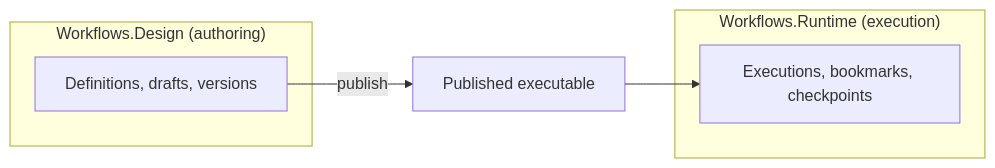
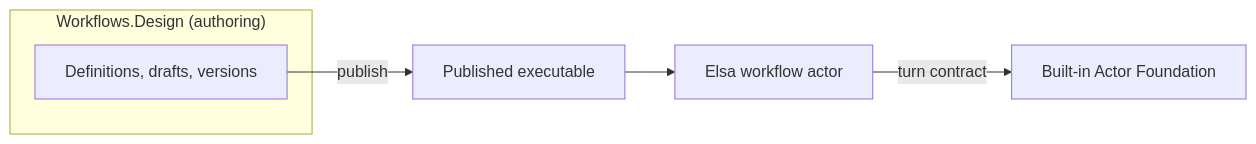
The diagram in docs/architecture-tour.md (elsa-workflows/elsa-foundation), drawn with Mermaid before and after one commit. The commit also changed other lines of this file and 5 other files, not shown here.

Commit message:
Document the published Actor workflow execution path

````diff
--- a/docs/architecture-tour.md
+++ b/docs/architecture-tour.md
@@ -13,11 +16,9 @@
 ```mermaid
 flowchart LR
     subgraph Design["Workflows.Design (authoring)"]
         D[Definitions, drafts, versions]
     end
-    subgraph Runtime["Workflows.Runtime (execution)"]
-        E[Executions, bookmarks, checkpoints]
-    end
     D -->|publish| X[Published executable]
-    X --> E
+    X --> E[Elsa workflow actor]
+    E -->|turn contract| A[Built-in Actor Foundation]
 ```
````
